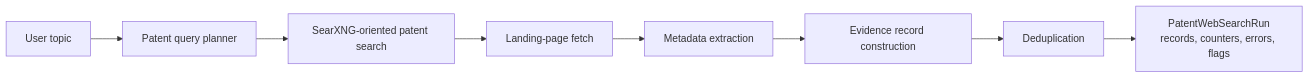
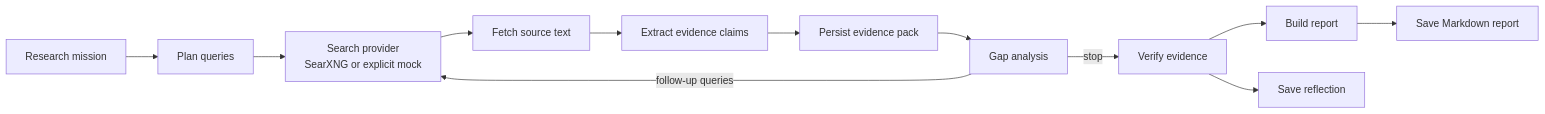
One commit to ph7klw76/AURA-AI-System changed the second of 2 diagrams in README .md. Above: the diagram before and after it, drawn with Mermaid. The commit also changed other lines of this file, not shown here.

````diff
--- a/README .md
+++ b/README .md
@@ -424,10 +390,14 @@
 ```mermaid
 flowchart LR
-    A["User topic"] --> B["Patent query planner"]
-    B --> C["SearXNG-oriented patent search"]
-    C --> D["Landing-page fetch"]
-    D --> E["Metadata extraction"]
-    E --> F["Evidence record construction"]
-    F --> G["Deduplication"]
-    G --> H["PatentWebSearchRun<br/>records, counters, errors, flags"]
+    A["Research mission"] --> B["Plan queries"]
+    B --> C["Search provider<br/>SearXNG or explicit mock"]
+    C --> D["Fetch source text"]
+    D --> E["Extract evidence claims"]
+    E --> F["Persist evidence pack"]
+    F --> G["Gap analysis"]
+    G -->|follow-up queries| C
+    G -->|stop| H["Verify evidence"]
+    H --> I["Build report"]
+    I --> J["Save Markdown report"]
+    H --> K["Save reflection"]
 ```
````
